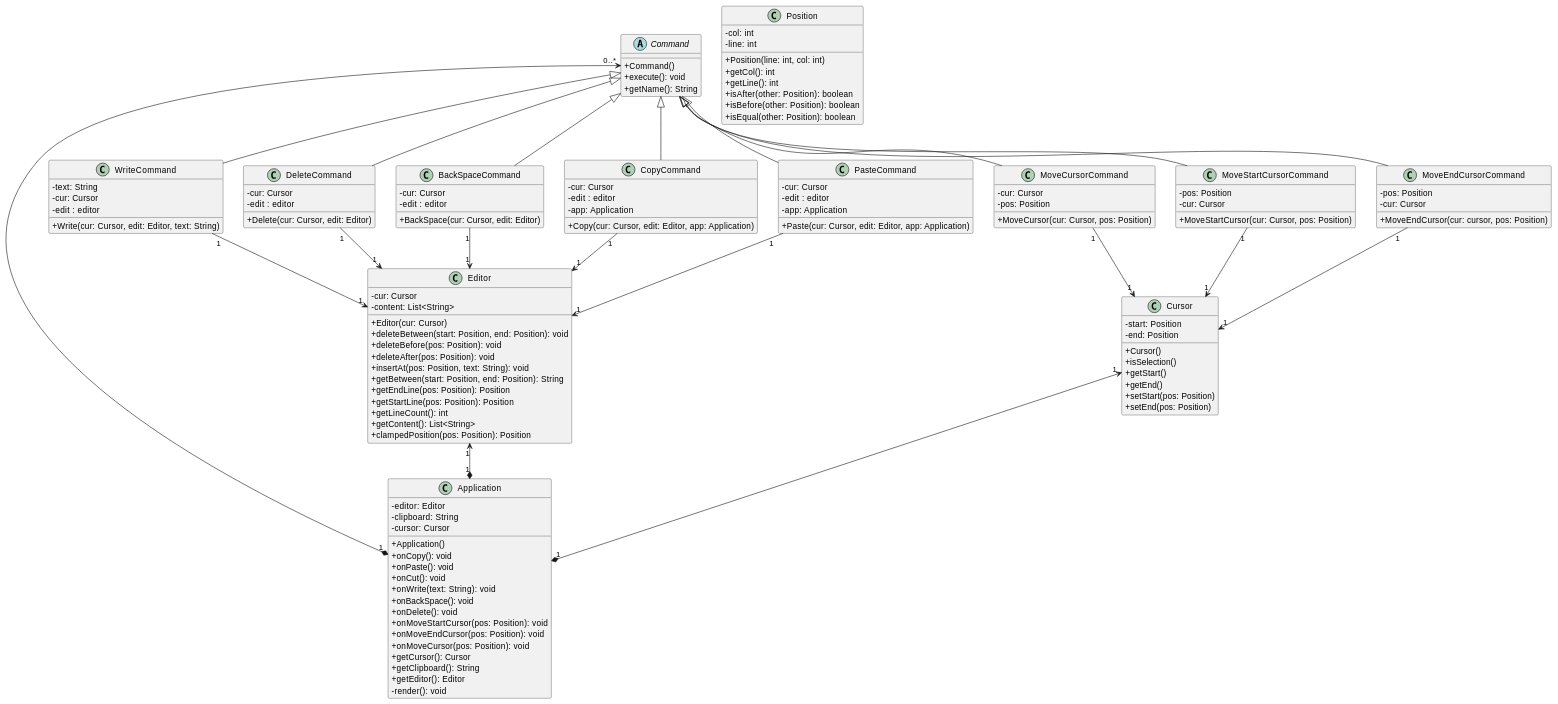
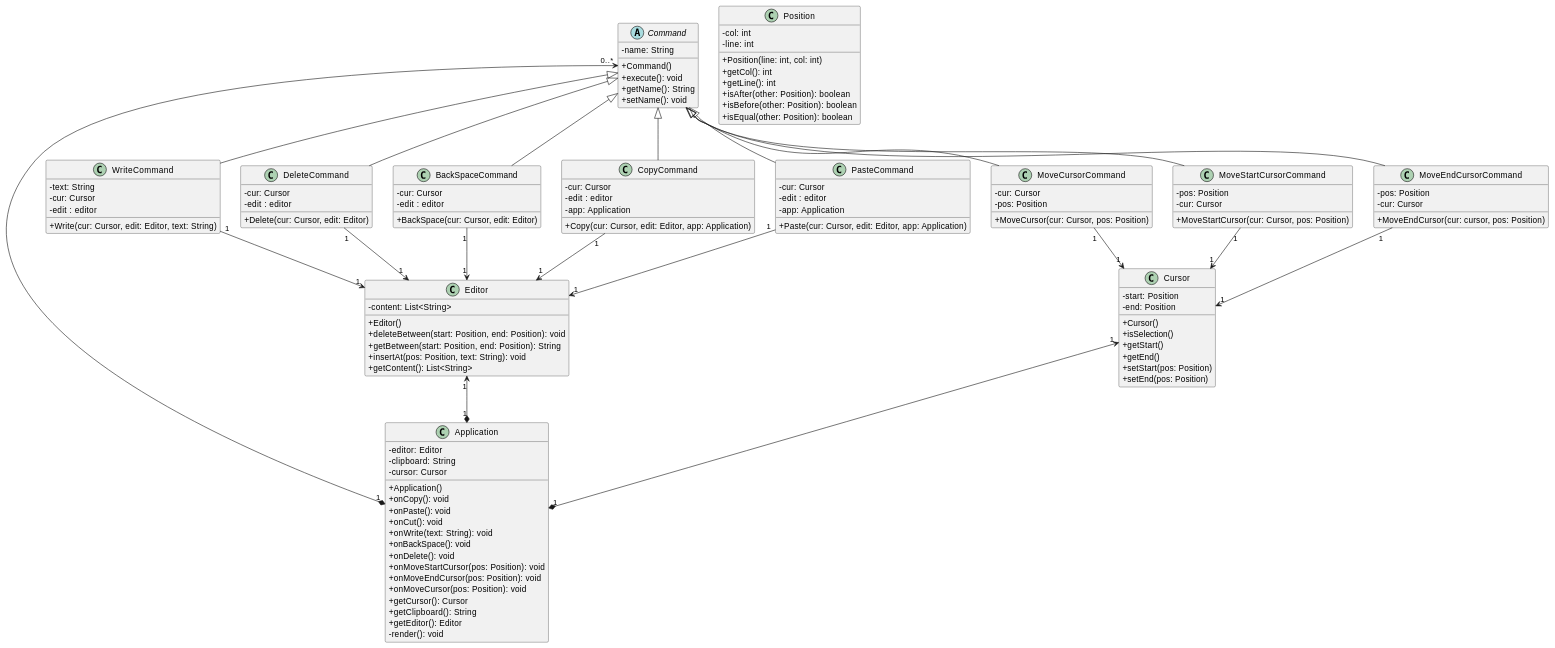
Before and after one commit to CodyAdam/another-useless-text-editor: the first of 6 diagrams in README.md, drawn with PlantUML. The commit also changed other lines of this file and 5 other files, not shown here.

```diff
--- a/README.md
+++ b/README.md
@@ -59,25 +60,20 @@
     }
 
     class Editor {
-        -cur: Cursor
         -content: List<String>
-        +Editor(cur: Cursor)
+        +Editor()
         +deleteBetween(start: Position, end: Position): void
-        +deleteBefore(pos: Position): void
-        +deleteAfter(pos: Position): void
+        +getBetween(start: Position, end: Position): String
         +insertAt(pos: Position, text: String): void
-        +getBetween(start: Position, end: Position): String
-        +getEndLine(pos: Position): Position
-        +getStartLine(pos: Position): Position
-        +getLineCount(): int
         +getContent(): List<String>
-        +clampedPosition(pos: Position): Position
     }
 
     Abstract Command{
+        -name: String
         +Command()
         +execute(): void
         +getName(): String
+        +setName(): void
     }
     
     class Cursor{
```
